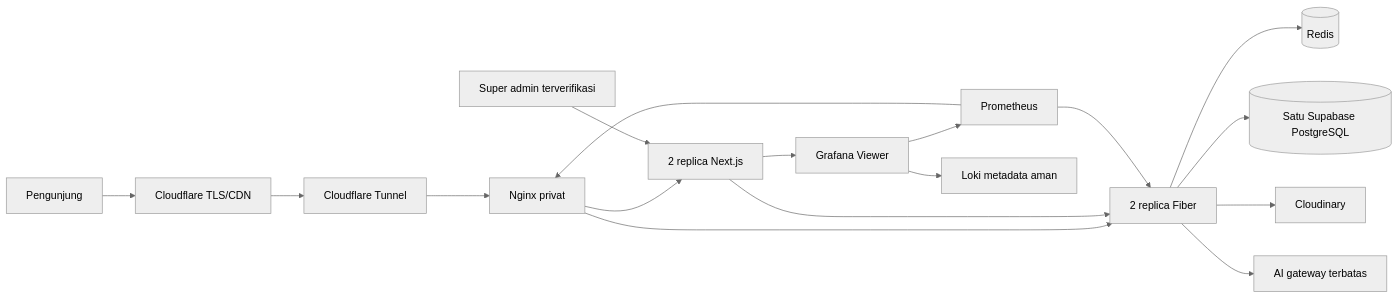
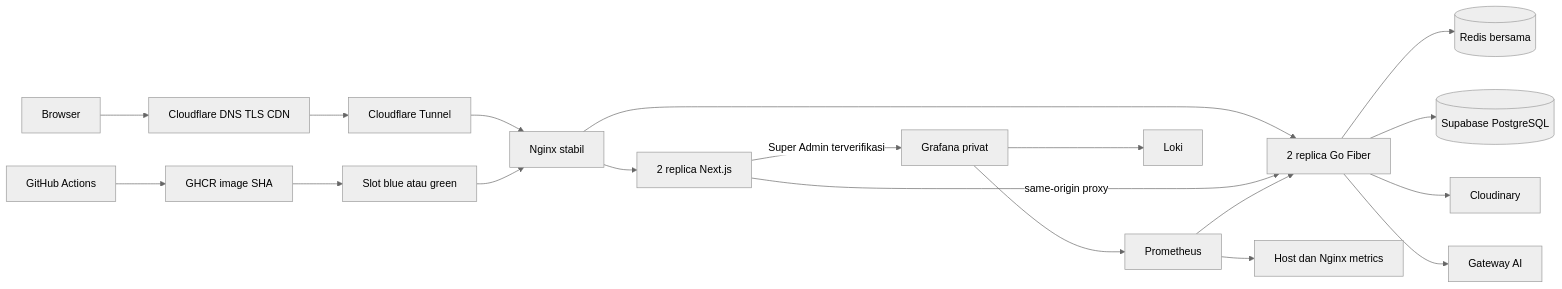
The diagram in docs/production-architecture-design.md (Haristhropic/Skomda-website), drawn with Mermaid (neutral theme) before and after one commit. The commit also changed other lines of this file and 38 other files, not shown here.

````diff
--- a/docs/production-architecture-design.md
+++ b/docs/production-architecture-design.md
@@ -30,19 +18,21 @@
 ```mermaid
 flowchart LR
-  U[Pengunjung] --> C[Cloudflare TLS/CDN]
-  C --> T[Cloudflare Tunnel]
-  T --> N[Nginx privat]
-  N --> F[2 replica Next.js]
-  N --> B[2 replica Fiber]
-  F --> B
-  B --> R[(Redis)]
-  B --> D[(Satu Supabase PostgreSQL)]
-  B --> M[Cloudinary]
-  B --> A[AI gateway terbatas]
-  P[Prometheus] --> B
-  P --> N
-  G[Grafana Viewer] --> P
-  G --> L[Loki metadata aman]
-  S[Super admin terverifikasi] --> F
-  F --> G
+  V[Browser] --> CF[Cloudflare DNS TLS CDN]
+  CF --> T[Cloudflare Tunnel]
+  T --> E[Nginx stabil]
+  E --> F[2 replica Next.js]
+  E --> B[2 replica Go Fiber]
+  F -->|same-origin proxy| B
+  B --> R[(Redis bersama)]
+  B --> PG[(Supabase PostgreSQL)]
+  B --> C[Cloudinary]
+  B --> AI[Gateway AI]
+  F -->|Super Admin terverifikasi| G[Grafana privat]
+  G --> P[Prometheus]
+  G --> L[Loki]
+  P --> B
+  P --> H[Host dan Nginx metrics]
+  GH[GitHub Actions] --> REG[GHCR image SHA]
+  REG --> S[Slot blue atau green]
+  S --> E
 ```
````
